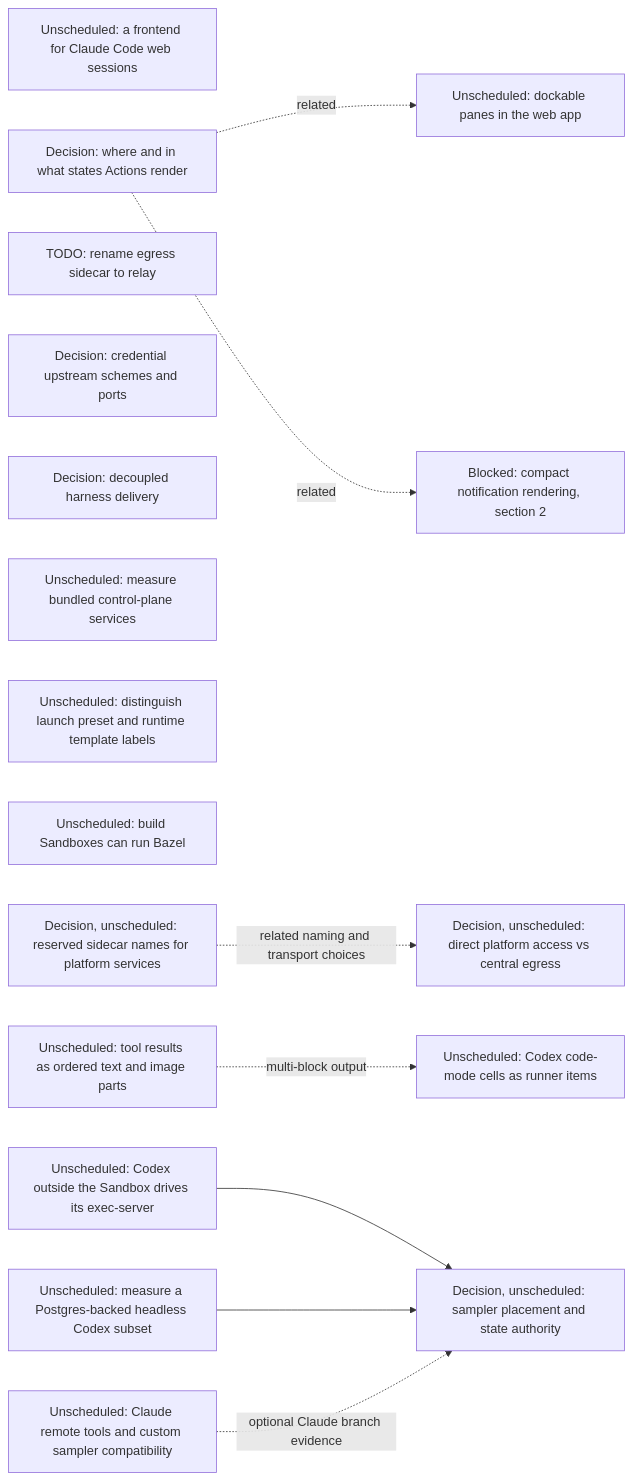
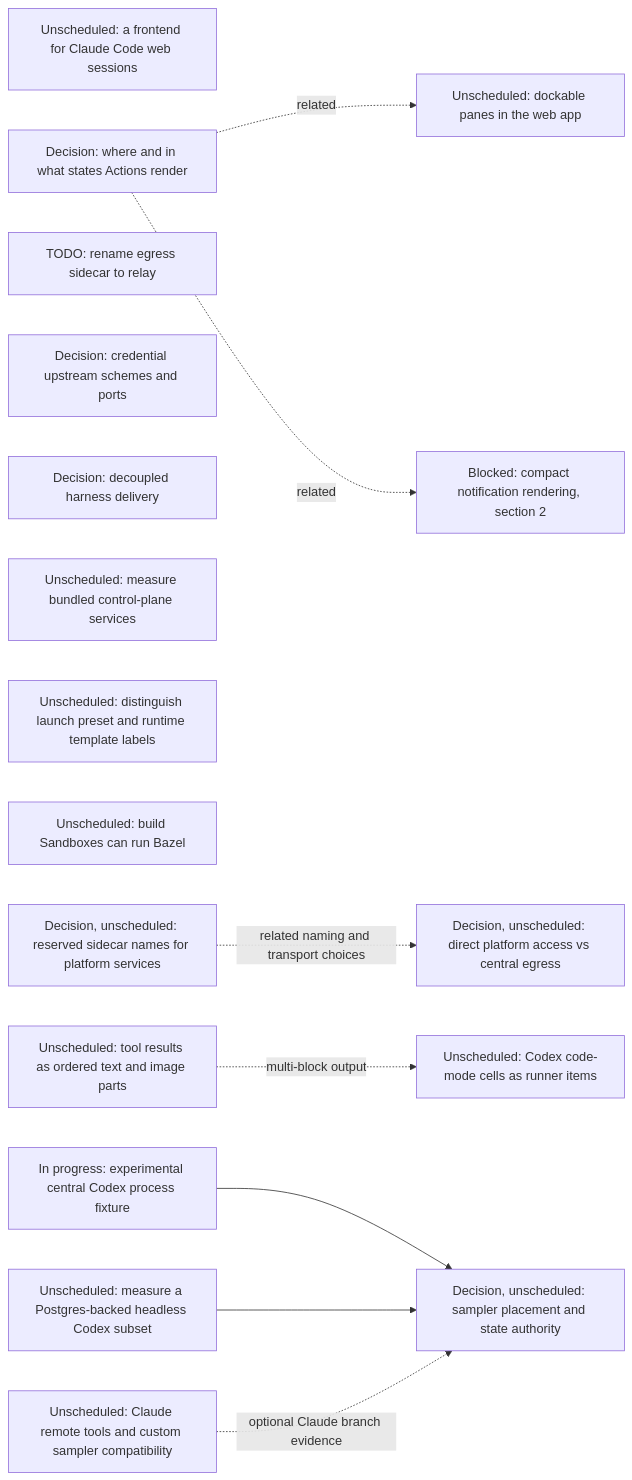
The eighth of 19 diagrams in agentplane/plans/task_dag.md (agentydragon-agent/ducktape), drawn with Mermaid before and after one commit. The commit also changed other lines of this file and 8 other files, not shown here.

Commit message:
agentplane: add experimental central Codex executor-loss fixture

````diff
--- a/agentplane/plans/task_dag.md
+++ b/agentplane/plans/task_dag.md
@@ -589,26 +589,26 @@
 ```mermaid
 flowchart LR
     CLAUDE_CODE_WEB_BRIDGE[Unscheduled: a frontend for Claude Code web sessions]
     ACTION_SURFACES_DESIGN[Decision: where and in what states Actions render]
     EGRESS_RELAY_RENAME[TODO: rename egress sidecar to relay]
     EGRESS_CREDENTIAL_TRANSPORT_DESIGN[Decision: credential upstream schemes and ports]
     RUNNER_HARNESS_DELIVERY_DESIGN[Decision: decoupled harness delivery]
     K3S_BUNDLED_SERVICES_SPIKE[Unscheduled: measure bundled control-plane services]
     DOCKABLE_PANES[Unscheduled: dockable panes in the web app]
     ACTION_SURFACES_DESIGN -. related .-> DOCKABLE_PANES
     NOTIFICATION_PRESENTATION[Blocked: compact notification rendering, section 2]
     ACTION_SURFACES_DESIGN -. related .-> NOTIFICATION_PRESENTATION
     SANDBOX_FORM_TERMINOLOGY[Unscheduled: distinguish launch preset and runtime template labels]
     BUILD_BOX_BAZEL[Unscheduled: build Sandboxes can run Bazel]
     PLATFORM_SERVICE_NAMES_DESIGN[Decision, unscheduled: reserved sidecar names for platform services]
     PLATFORM_SERVICE_ROUTING_DESIGN[Decision, unscheduled: direct platform access vs central egress]
     PLATFORM_SERVICE_NAMES_DESIGN -. related naming and transport choices .-> PLATFORM_SERVICE_ROUTING_DESIGN
     STRUCTURED_TOOL_OUTPUT[Unscheduled: tool results as ordered text and image parts]
     STRUCTURED_TOOL_OUTPUT -. multi-block output .-> CODEX_CODE_MODE_CELLS[Unscheduled: Codex code-mode cells as runner items]
-    CENTRAL_CODEX_SPIKE[Unscheduled: Codex outside the Sandbox drives its exec-server]
+    CENTRAL_CODEX_SPIKE[In progress: experimental central Codex process fixture]
     CENTRAL_CODEX_SPIKE --> HARNESS_PLACEMENT_DESIGN[Decision, unscheduled: sampler placement and state authority]
     POSTGRES_HARNESS_SPIKE[Unscheduled: measure a Postgres-backed headless Codex subset]
     POSTGRES_HARNESS_SPIKE --> HARNESS_PLACEMENT_DESIGN
     CLAUDE_REMOTE_EXECUTION_SPIKE[Unscheduled: Claude remote tools and custom sampler compatibility]
     CLAUDE_REMOTE_EXECUTION_SPIKE -. optional Claude branch evidence .-> HARNESS_PLACEMENT_DESIGN
 ```
````
